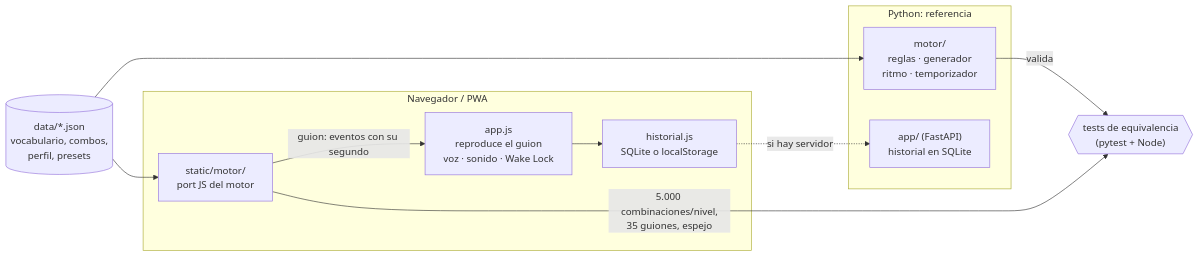
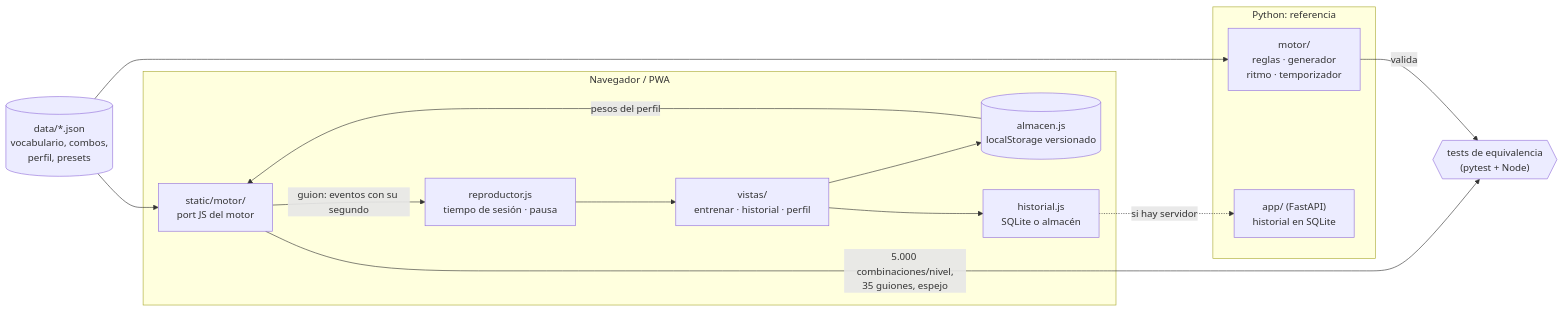
The diagram in README.md (david1cecilia-alt/boxeo-app), drawn with Mermaid before and after one commit. The commit also changed other lines of this file and 11 other files, not shown here.

````diff
--- a/README.md
+++ b/README.md
@@ -32,20 +61,23 @@
 ```mermaid
 flowchart LR
     datos[("data/*.json<br>vocabulario, combos,<br>perfil, presets")]
     subgraph Python["Python: referencia"]
         motor["motor/<br>reglas · generador<br>ritmo · temporizador"]
         api["app/ (FastAPI)<br>historial en SQLite"]
     end
     subgraph Navegador["Navegador / PWA"]
         motorjs["static/motor/<br>port JS del motor"]
-        ui["app.js<br>reproduce el guion<br>voz · sonido · Wake Lock"]
-        hist["historial.js<br>SQLite o localStorage"]
+        repro["reproductor.js<br>tiempo de sesión · pausa"]
+        vistas["vistas/<br>entrenar · historial · perfil"]
+        almacen[("almacen.js<br>localStorage versionado")]
+        hist["historial.js<br>SQLite o almacén"]
     end
     tests{{"tests de equivalencia<br>(pytest + Node)"}}
     datos --> motor & motorjs
-    motorjs -- "guion: eventos con su segundo" --> ui
-    ui --> hist
+    almacen -- "pesos del perfil" --> motorjs
+    motorjs -- "guion: eventos con su segundo" --> repro --> vistas
+    vistas --> hist & almacen
     hist -. "si hay servidor" .-> api
     motorjs -- "5.000 combinaciones/nivel,<br>35 guiones, espejo" --> tests
     motor -- "valida" --> tests
 ```
````
